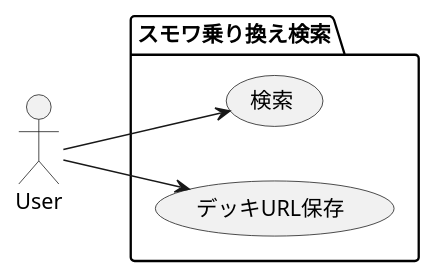
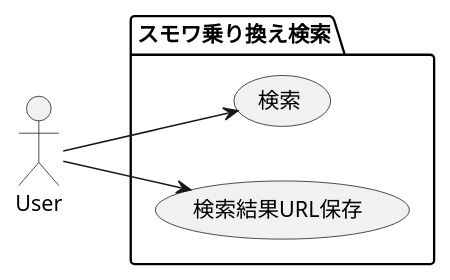
One commit to ikishichi/ygo-small-world-transit changed the first of 6 diagrams in docs/ygo-small-world-transit.md. Above: the diagram before and after it, drawn with PlantUML. The commit also changed other lines of this file, not shown here.

Commit message:
ドキュメント更新 シーケンス図、クラス図を最新の設計に合わせる。

````diff
--- a/docs/ygo-small-world-transit.md
+++ b/docs/ygo-small-world-transit.md
@@ -5,14 +5,14 @@
 ```plantuml
 @startuml
 left to right direction
 :User: as user
 
 package "スモワ乗り換え検索" {
     (検索) as uc1
-    (デッキURL保存) as uc2
+    (検索結果URL保存) as uc2
 }
 user --> uc1
 user --> uc2
 
 @enduml
 ```
````
